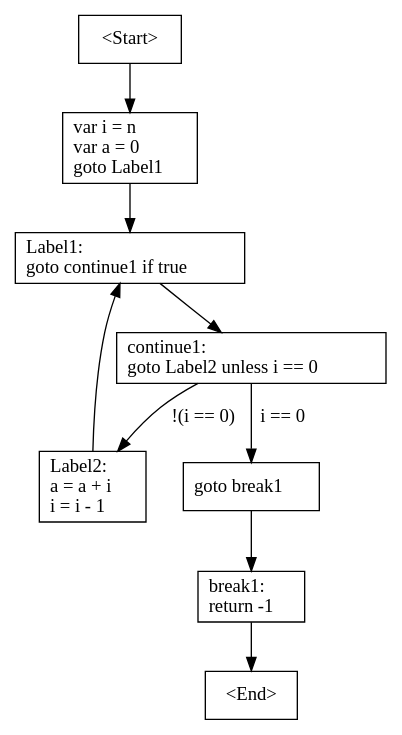
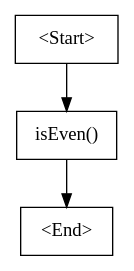
One commit to Aylin-ai/CompilerCSharp changed the diagram in InterpreterCSharp/bin/Debug/net8.0/cfg.dot. Above: the diagram before and after it, drawn with Graphviz. The commit also changed 69 other files, not shown here.

```diff
--- a/InterpreterCSharp/bin/Debug/net8.0/cfg.dot
+++ b/InterpreterCSharp/bin/Debug/net8.0/cfg.dot
@@ -1,18 +1,7 @@
 digraph G {
-    N0 [label = "<Start>" shape = box]
-    N1 [label = "var i = n\lvar a = 0\lgoto Label1\l" shape = box]
-    N2 [label = "continue1:\lgoto Label2 unless i == 0\l" shape = box]
-    N3 [label = "goto break1\l" shape = box]
-    N4 [label = "Label2:\la = a + i\li = i - 1\l" shape = box]
-    N5 [label = "Label1:\lgoto continue1 if true\l" shape = box]
-    N6 [label = "break1:\lreturn -1\l" shape = box]
-    N7 [label = "<End>" shape = box]
+    N0 [label = "<Start>", shape = box]
+    N1 [label = "isEven()", shape = box]
+    N2 [label = "<End>", shape = box]
     N0 -> N1 [label = ""]
-    N1 -> N5 [label = ""]
-    N2 -> N4 [label = "!(i == 0)"]
-    N2 -> N3 [label = "i == 0"]
-    N3 -> N6 [label = ""]
-    N4 -> N5 [label = ""]
-    N5 -> N2 [label = ""]
-    N6 -> N7 [label = ""]
+    N1 -> N2 [label = ""]
 }
```
